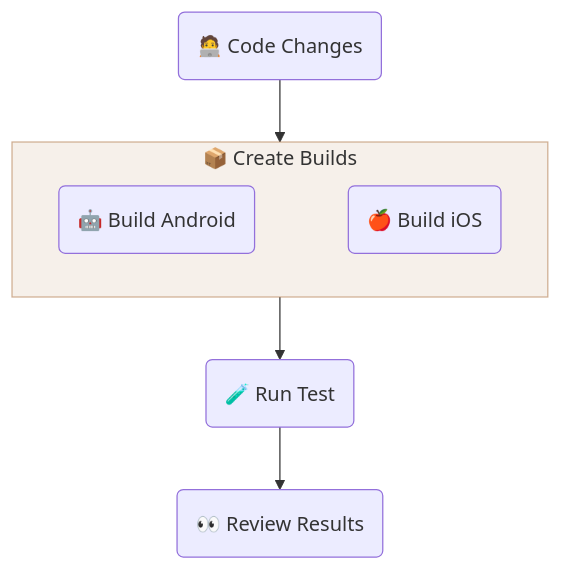
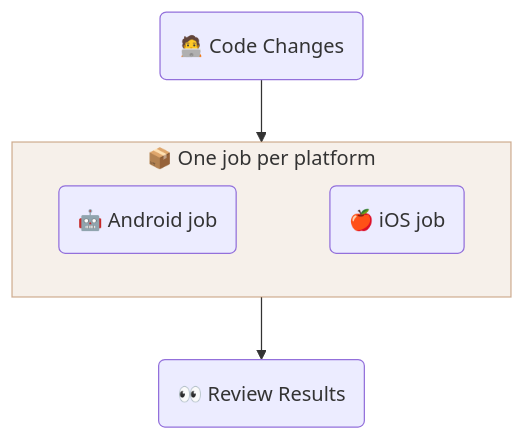
One commit to sherlo-io/sherlo changed the diagram in examples/standard/README.md. Above: the diagram before and after it, drawn with Mermaid. The commit also changed other lines of this file and 26 other files, not shown here.

Commit message:
docs: workflows, examples and readmes run sherlo test with no paths

````diff
--- a/examples/standard/README.md
+++ b/examples/standard/README.md
@@ -14,16 +14,14 @@
 ```mermaid
 flowchart TB
    UI(🧑‍💻 Code Changes)
-   subgraph Build[📦 Create Builds]
-      Android(🤖 Build Android)
-      iOS(🍎 Build iOS)
+   subgraph Jobs[📦 One job per platform]
+      Android(🤖 Android job)
+      iOS(🍎 iOS job)
       Android ~~~ iOS
-      style Build fill:#b8885f21,stroke:#b8885fa6
+      style Jobs fill:#b8885f21,stroke:#b8885fa6
    end
-   Test(🧪 Run Test)
    Review(👀 Review Results)
 
-   UI --> Build
-   Build --> Test
-   Test --> Review
+   UI --> Jobs
+   Jobs --> Review
 ```
````
